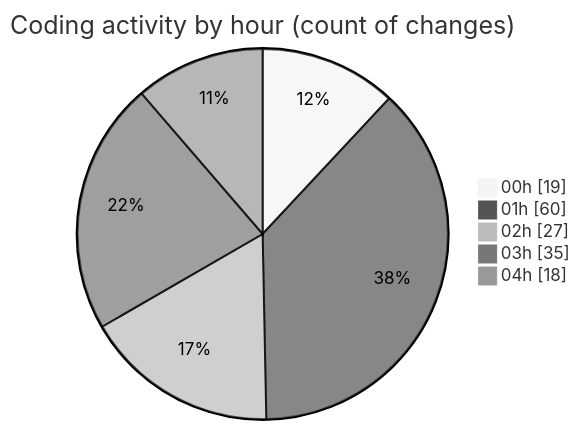
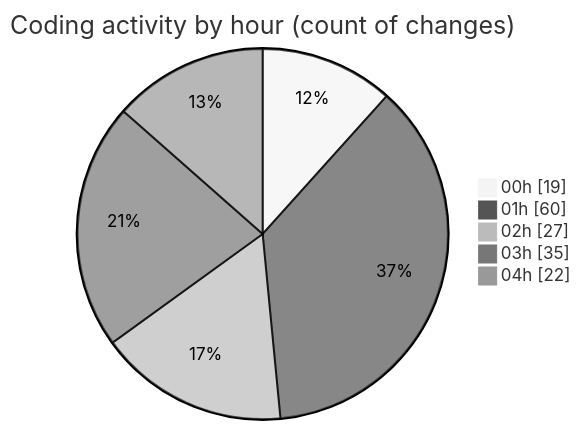
One commit to lephambinh05/code-tracking changed the second of 2 diagrams in 2025-07-25/quanlyrapchieuphim-1/README.md. Above: the diagram before and after it, drawn with Mermaid (neutral theme). The commit also changed other lines of this file and 1 other file, not shown here.

````diff
--- a/2025-07-25/quanlyrapchieuphim-1/README.md
+++ b/2025-07-25/quanlyrapchieuphim-1/README.md
@@ -36,9 +36,9 @@
 ```mermaid
 pie showData
 title Coding activity by hour (count of changes)
 "00h" : 19
 "01h" : 60
 "02h" : 27
 "03h" : 35
-"04h" : 18
+"04h" : 22
 ```
````
